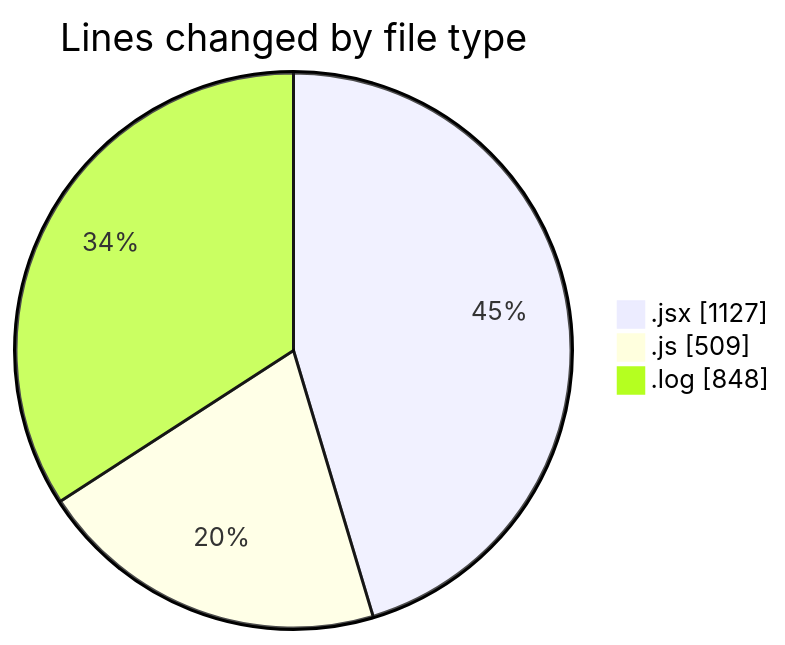
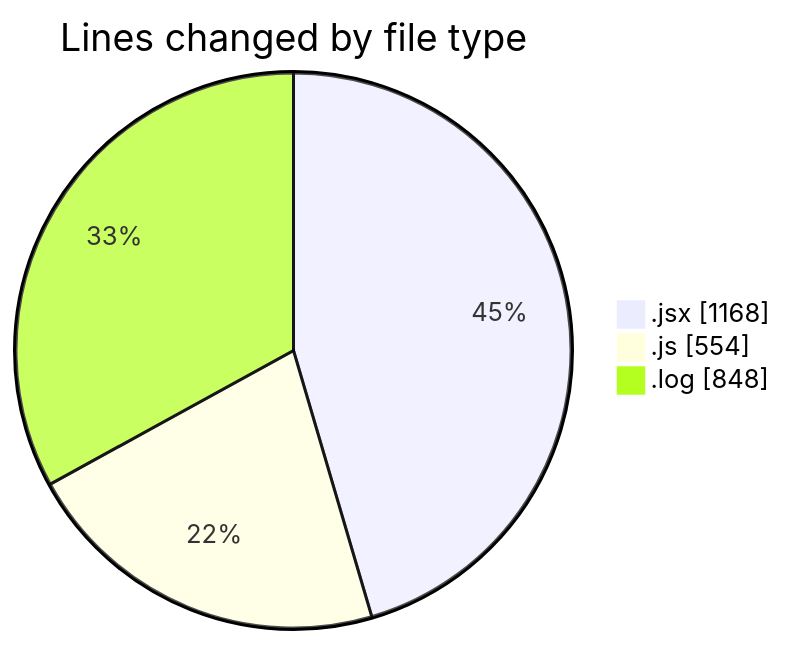
The first of 2 diagrams in 2025-12-14/nxtqube_webapp/README.md (nxtqubesakshisongat/code-tracking), drawn with Mermaid before and after one commit. The commit also changed other lines of this file and 1 other file, not shown here.

````diff
--- a/2025-12-14/nxtqube_webapp/README.md
+++ b/2025-12-14/nxtqube_webapp/README.md
@@ -29,7 +30,7 @@
 ```mermaid
 pie showData
 title Lines changed by file type
-".jsx" : 1127
-".js" : 509
+".jsx" : 1168
+".js" : 554
 ".log" : 848
 ```
````
